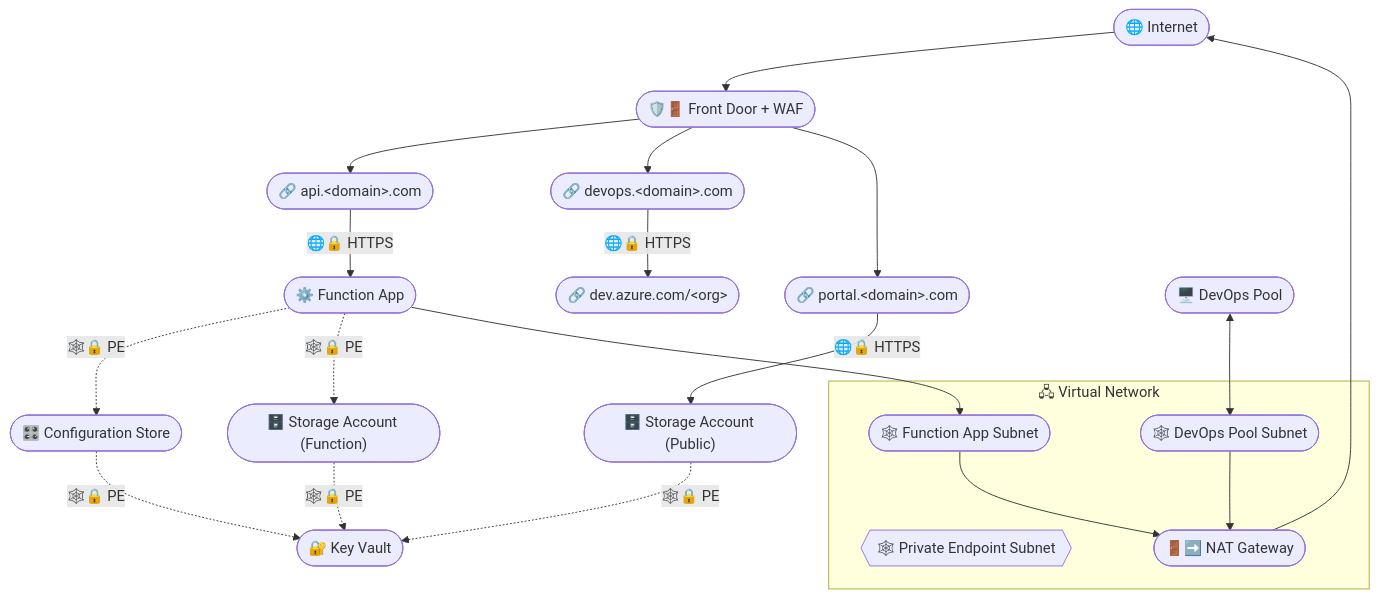
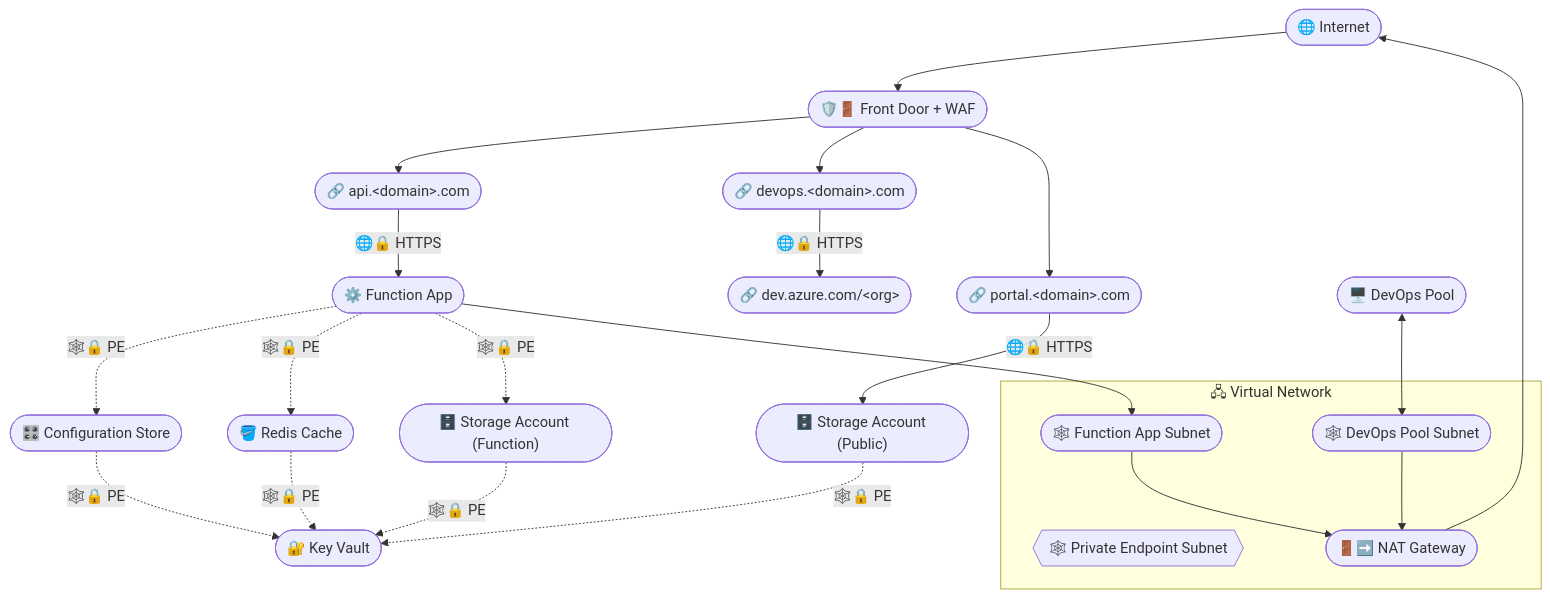
One commit to ByteTerrace/ByteTerrace.Resources changed the diagram in README.md. Above: the diagram before and after it, drawn with Mermaid. The commit also changed other lines of this file and 3 other files, not shown here.

Commit message:
Merged PR 32: added redis cache resource

```diff
--- a/README.md
+++ b/README.md
@@ -23,41 +19,44 @@
 ::: mermaid
 graph TB
     AzureDevOps(["🔗 dev.azure.com/&lt;org&gt;"])
     Internet(["🌐 Internet"])
 
     FrontDoor(["🛡️🚪 Front Door + WAF"])
     DnsApi(["🔗 api.&lt;domain&gt;.com"])
     DnsDevOps(["🔗 devops.&lt;domain&gt;.com"])
     DnsPortal(["🔗 portal.&lt;domain&gt;.com"])
     FunctionApp(["⚙️ Function App"])
+    RedisCache(["🪣 Redis Cache"])
     StorageAccountFunction(["🗄️ Storage Account (Function)"])
     StorageAccountPublic(["🗄️ Storage Account (Public)"])
     ConfigurationStore(["🎛️ Configuration Store"])
     KeyVault(["🔐 Key Vault"])
     DevOpsPool(["🖥️ DevOps Pool"])
 
     subgraph Networking ["🖧 Virtual Network"]
         DevOpsPoolSubnet(["🕸️ DevOps Pool Subnet"])
         FunctionAppSubnet(["🕸️ Function App Subnet"])
         PrivateEndpointSubnet{{"🕸️ Private Endpoint Subnet"}}
         NatGateway(["🚪➡️ NAT Gateway"])
     end
 
     Internet --> FrontDoor
     FrontDoor --> DnsApi
     FrontDoor --> DnsDevOps
     FrontDoor --> DnsPortal
     DnsApi --> |🌐🔒 HTTPS| FunctionApp
     DnsDevOps --> |🌐🔒 HTTPS| AzureDevOps
     DnsPortal --> |🌐🔒 HTTPS| StorageAccountPublic
     FunctionApp -.-> |🕸️🔒 PE| ConfigurationStore
+    FunctionApp -.-> |🕸️🔒 PE| RedisCache
     FunctionApp -.-> |🕸️🔒 PE| StorageAccountFunction
     FunctionApp --> FunctionAppSubnet
     ConfigurationStore -.-> |🕸️🔒 PE| KeyVault
+    RedisCache -.-> |🕸️🔒 PE| KeyVault
     StorageAccountFunction -.-> |🕸️🔒 PE| KeyVault
     StorageAccountPublic -.-> |🕸️🔒 PE| KeyVault
     DevOpsPool <--> DevOpsPoolSubnet
     DevOpsPoolSubnet --> NatGateway
     FunctionAppSubnet --> NatGateway
     NatGateway --> Internet
 :::
```
